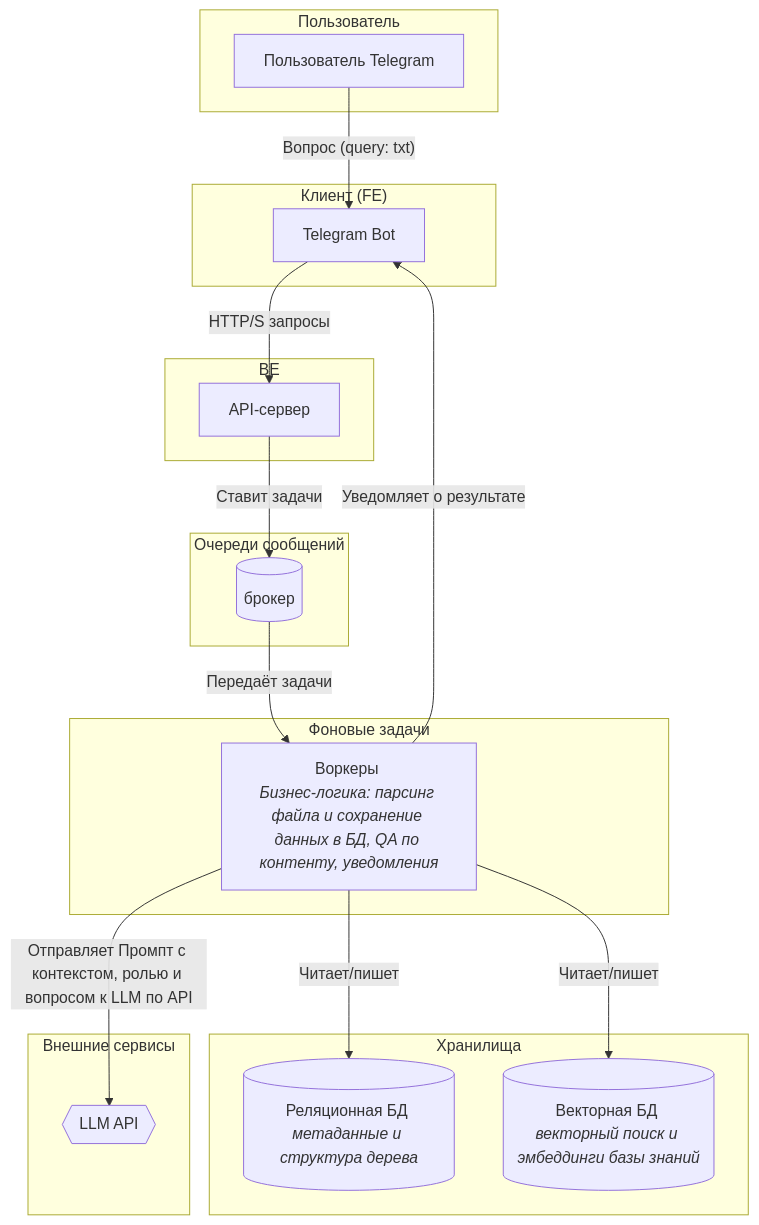
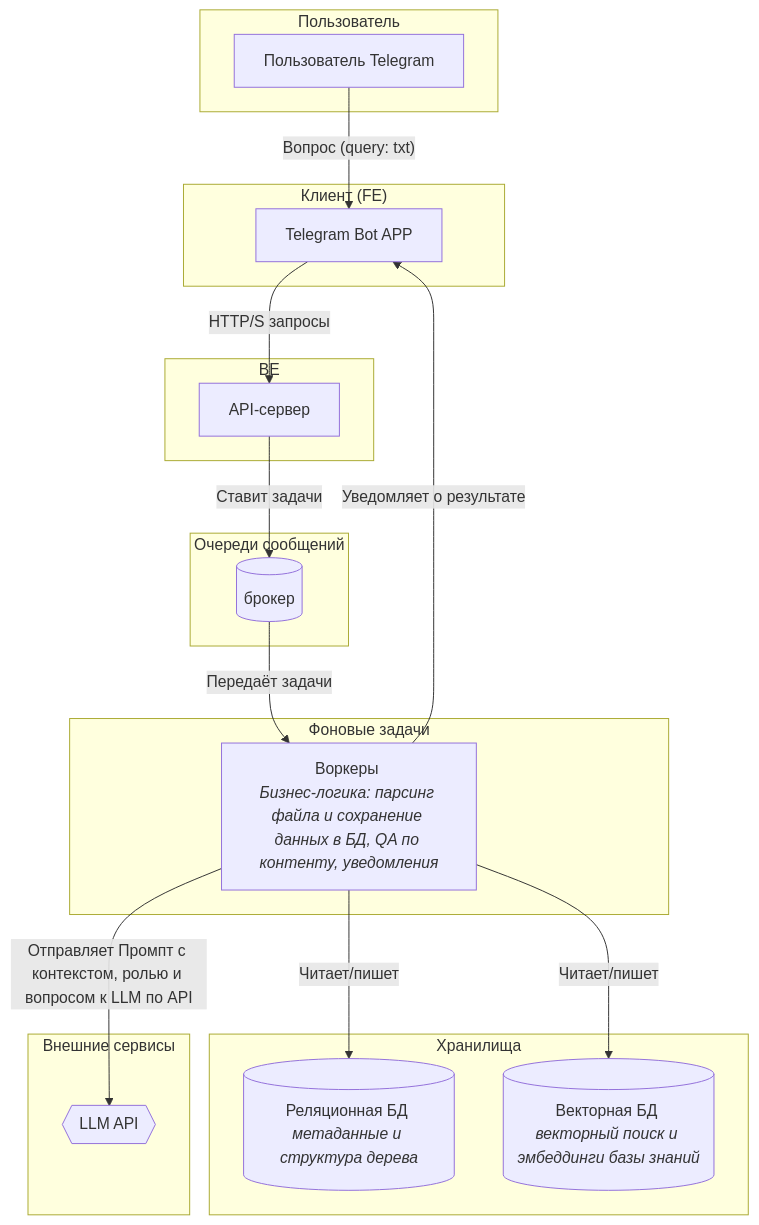
The diagram in Анастасия_Друзьянова/architect.MD (patolog123/Analyst-3.0), drawn with Mermaid before and after one commit.

````diff
--- a/Анастасия_Друзьянова/architect.MD
+++ b/Анастасия_Друзьянова/architect.MD
@@ -1,41 +1,41 @@
 ```mermaid
 graph TD
     subgraph "Пользователь"
         A[Пользователь Telegram]
     end
 
     subgraph "Клиент (FE)"
-        B[Telegram Bot]
+        B[Telegram Bot APP]
     end
 
     subgraph "BE"
         C[API-сервер]
     end
 
     subgraph "Очереди сообщений"
         J[(брокер)]
     end
 
     subgraph "Фоновые задачи"
         F[Воркеры <br><i>Бизнес-логика: парсинг файла и сохранение данных в БД, QA по контенту, уведомления</i>]
     end
 
     subgraph "Хранилища"
         G[(Реляционная БД <br><i>метаданные и структура дерева</i>)]
         I[(Векторная БД <br><i>векторный поиск и эмбеддинги базы знаний</i>)]
     end
 
     subgraph "Внешние сервисы"
         H{{LLM API}}
     end
 
     %% Связи между компонентами
     A -- Вопрос (query: txt) --> B
     B -- HTTP/S запросы --> C
     C -- Ставит задачи --> J
     J -- Передаёт задачи --> F
     F -- Отправляет Промпт с контекстом, ролью и вопросом к LLM по API --> H
     F -- Читает/пишет --> G
     F -- Читает/пишет --> I
     F -- Уведомляет о результате --> B
 ```
````
